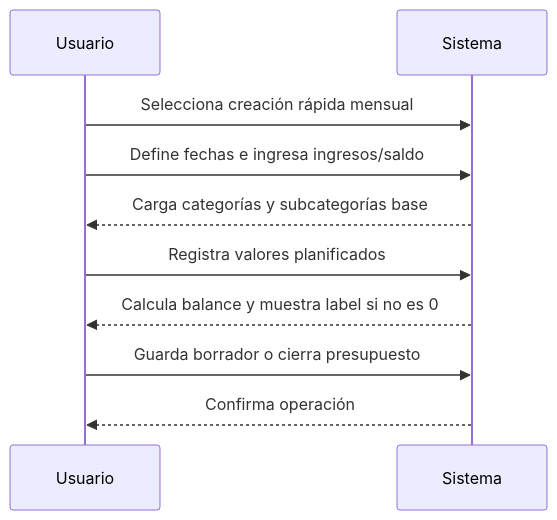
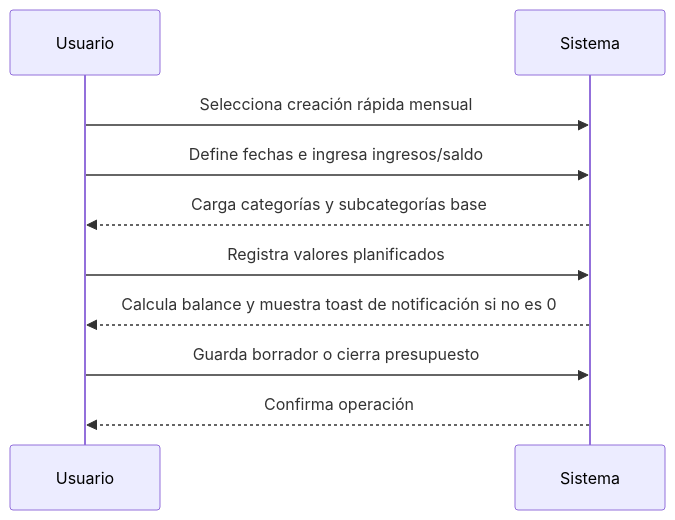
The first of 7 diagrams in documentation/documents/casos_de_uso/RF02_presupuesto/UC.md (lerna-admin/BudgetApp), drawn with Mermaid before and after one commit. The commit also changed other lines of this file and 7 other files, not shown here.

````diff
--- a/documentation/documents/casos_de_uso/RF02_presupuesto/UC.md
+++ b/documentation/documents/casos_de_uso/RF02_presupuesto/UC.md
@@ -164,12 +165,12 @@
 ```mermaid
 sequenceDiagram
     participant Usuario
     participant Sistema
     Usuario->>Sistema: Selecciona creación rápida mensual
     Usuario->>Sistema: Define fechas e ingresa ingresos/saldo
     Sistema-->>Usuario: Carga categorías y subcategorías base
     Usuario->>Sistema: Registra valores planificados
-    Sistema-->>Usuario: Calcula balance y muestra label si no es 0
+    Sistema-->>Usuario: Calcula balance y muestra toast de notificación si no es 0
     Usuario->>Sistema: Guarda borrador o cierra presupuesto
     Sistema-->>Usuario: Confirma operación
 ```
````
